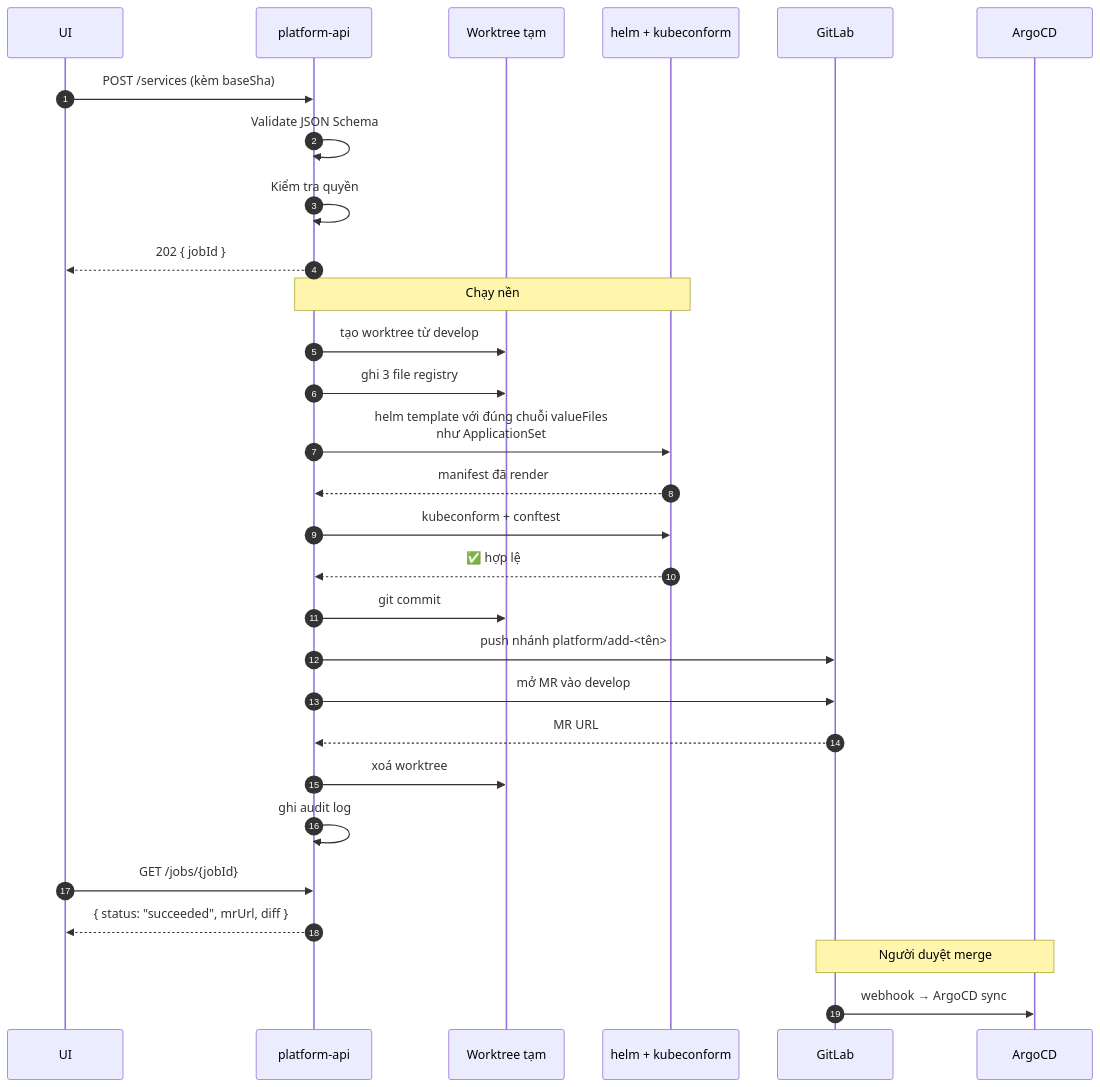
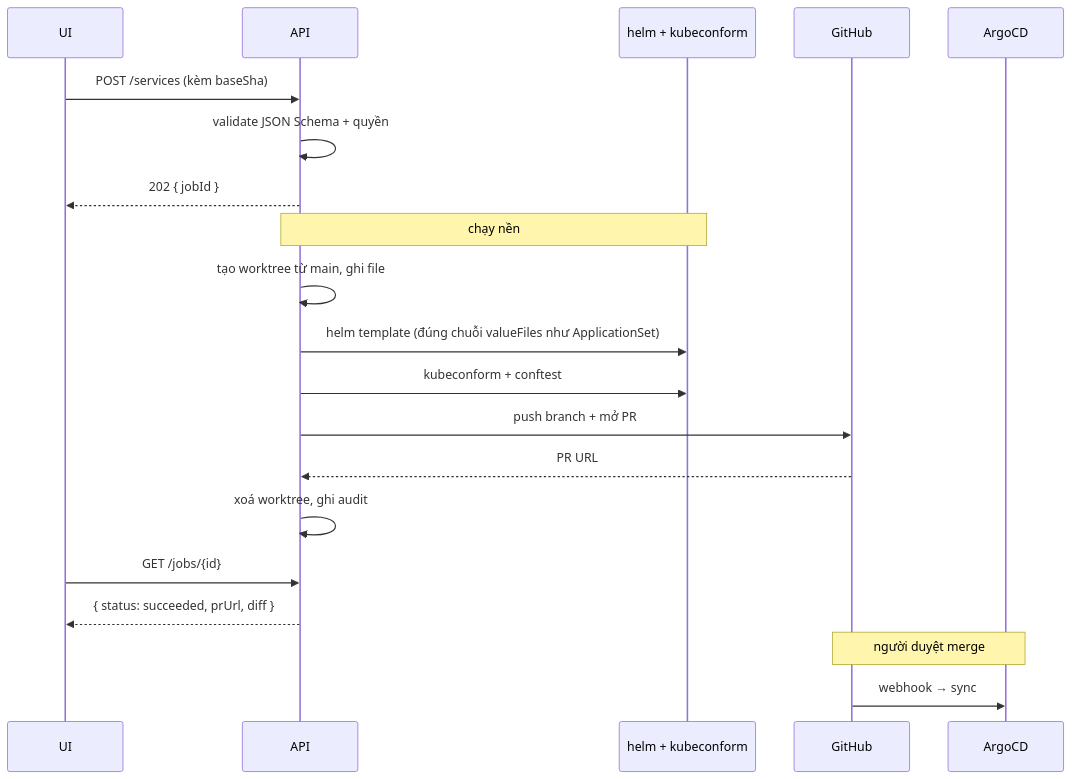
One commit to hunho247/HNQ-Infra changed the second of 4 diagrams in docs/PLATFORM_API_PLAN.md. Above: the diagram before and after it, drawn with Mermaid. The commit also changed other lines of this file and 3 other files, not shown here.

````diff
--- a/docs/PLATFORM_API_PLAN.md
+++ b/docs/PLATFORM_API_PLAN.md
@@ -139,35 +147,26 @@
 ```mermaid
 sequenceDiagram
-  autonumber
   participant UI
-  participant API as platform-api
-  participant W as Worktree tạm
+  participant API
   participant H as helm + kubeconform
-  participant GL as GitLab
+  participant GH as GitHub
   participant A as ArgoCD
 
   UI->>API: POST /services (kèm baseSha)
-  API->>API: Validate JSON Schema
-  API->>API: Kiểm tra quyền
+  API->>API: validate JSON Schema + quyền
   API-->>UI: 202 { jobId }
 
-  Note over API,H: Chạy nền
-  API->>W: tạo worktree từ develop
-  API->>W: ghi 3 file registry
-  API->>H: helm template với đúng chuỗi valueFiles<br/>như ApplicationSet
-  H-->>API: manifest đã render
+  Note over API,H: chạy nền
+  API->>API: tạo worktree từ main, ghi file
+  API->>H: helm template (đúng chuỗi valueFiles như ApplicationSet)
   API->>H: kubeconform + conftest
-  H-->>API: ✅ hợp lệ
-  API->>W: git commit
-  API->>GL: push nhánh platform/add-<tên>
-  API->>GL: mở MR vào develop
-  GL-->>API: MR URL
-  API->>W: xoá worktree
-  API->>API: ghi audit log
+  API->>GH: push branch + mở PR
+  GH-->>API: PR URL
+  API->>API: xoá worktree, ghi audit
 
-  UI->>API: GET /jobs/{jobId}
-  API-->>UI: { status: "succeeded", mrUrl, diff }
+  UI->>API: GET /jobs/{id}
+  API-->>UI: { status: succeeded, prUrl, diff }
 
-  Note over GL,A: Người duyệt merge
-  GL->>A: webhook → ArgoCD sync
+  Note over GH,A: người duyệt merge
+  GH->>A: webhook → sync
 ```
````
